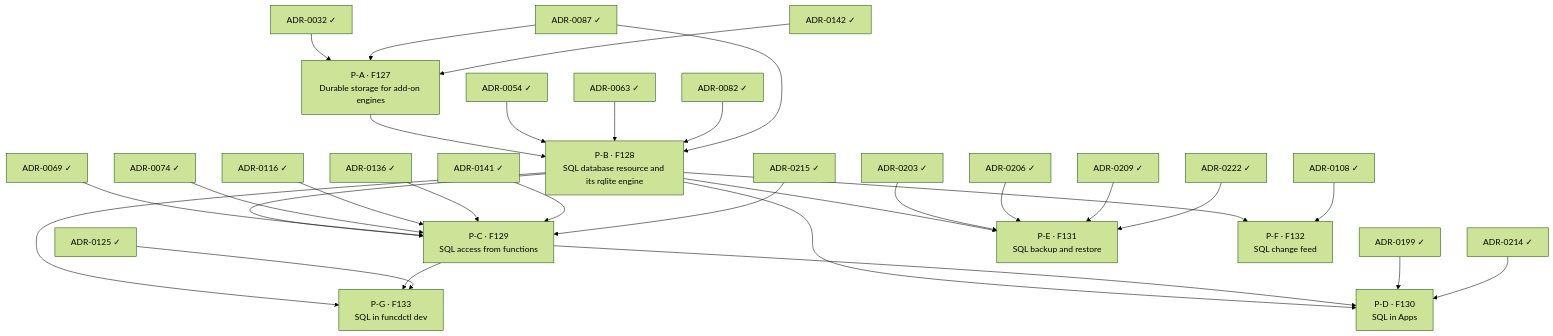
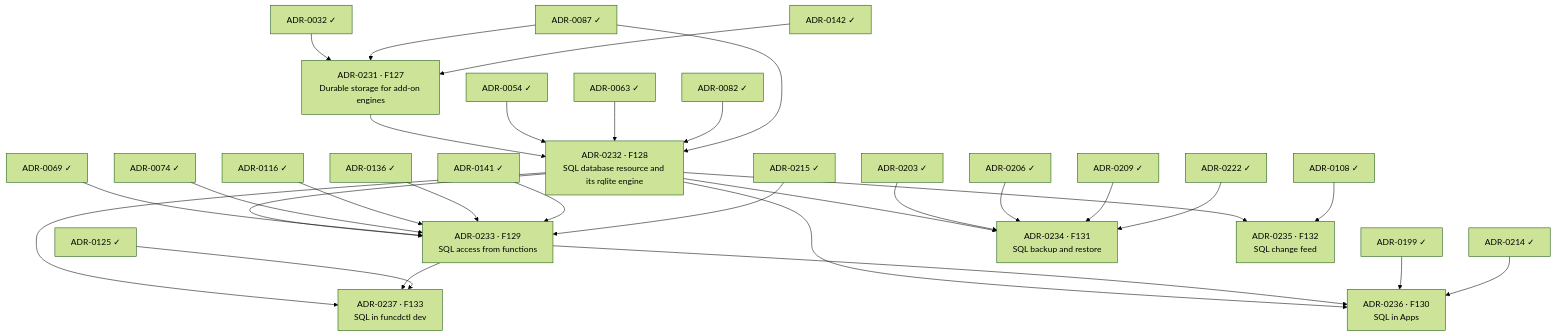
The diagram in docs/roadmap/sql-delivery-plan.md (pyvvo/funcd), drawn with Mermaid (forest theme) before and after one commit. The commit also changed other lines of this file and 12 other files, not shown here.

First line of the commit message:
docs(adr): accept ADR-0231 to ADR-0237, the SQL provider slate (FEAT-0011)

````diff
--- a/docs/roadmap/sql-delivery-plan.md
+++ b/docs/roadmap/sql-delivery-plan.md
@@ -59,60 +59,60 @@
 ```mermaid
 flowchart TB
     ADR_0032["ADR-0032 ✓"]
     ADR_0054["ADR-0054 ✓"]
     ADR_0063["ADR-0063 ✓"]
     ADR_0069["ADR-0069 ✓"]
     ADR_0074["ADR-0074 ✓"]
     ADR_0082["ADR-0082 ✓"]
     ADR_0087["ADR-0087 ✓"]
     ADR_0108["ADR-0108 ✓"]
     ADR_0116["ADR-0116 ✓"]
     ADR_0125["ADR-0125 ✓"]
     ADR_0136["ADR-0136 ✓"]
     ADR_0141["ADR-0141 ✓"]
     ADR_0142["ADR-0142 ✓"]
     ADR_0199["ADR-0199 ✓"]
     ADR_0203["ADR-0203 ✓"]
     ADR_0206["ADR-0206 ✓"]
     ADR_0209["ADR-0209 ✓"]
     ADR_0214["ADR-0214 ✓"]
     ADR_0215["ADR-0215 ✓"]
     ADR_0222["ADR-0222 ✓"]
-    P_A["P-A · F127<br/>Durable storage for add-on engines"]
-    P_B["P-B · F128<br/>SQL database resource and its rqlite engine"]
-    P_C["P-C · F129<br/>SQL access from functions"]
-    P_D["P-D · F130<br/>SQL in Apps"]
-    P_E["P-E · F131<br/>SQL backup and restore"]
-    P_F["P-F · F132<br/>SQL change feed"]
-    P_G["P-G · F133<br/>SQL in funcdctl dev"]
+    ADR_0231["ADR-0231 · F127<br/>Durable storage for add-on engines"]
+    ADR_0232["ADR-0232 · F128<br/>SQL database resource and its rqlite engine"]
+    ADR_0233["ADR-0233 · F129<br/>SQL access from functions"]
+    ADR_0236["ADR-0236 · F130<br/>SQL in Apps"]
+    ADR_0234["ADR-0234 · F131<br/>SQL backup and restore"]
+    ADR_0235["ADR-0235 · F132<br/>SQL change feed"]
+    ADR_0237["ADR-0237 · F133<br/>SQL in funcdctl dev"]
 
-    ADR_0032 --> P_A
-    ADR_0087 --> P_A
-    ADR_0142 --> P_A
-    P_A --> P_B
-    ADR_0054 --> P_B
-    ADR_0063 --> P_B
-    ADR_0082 --> P_B
-    ADR_0087 --> P_B
-    P_B --> P_C
-    ADR_0069 --> P_C
-    ADR_0074 --> P_C
-    ADR_0116 --> P_C
-    ADR_0136 --> P_C
-    ADR_0141 --> P_C
-    ADR_0215 --> P_C
-    P_B --> P_D
-    P_C --> P_D
-    ADR_0199 --> P_D
-    ADR_0214 --> P_D
-    P_B --> P_E
-    ADR_0203 --> P_E
-    ADR_0206 --> P_E
-    ADR_0209 --> P_E
-    ADR_0222 --> P_E
-    P_B --> P_F
-    ADR_0108 --> P_F
-    P_B --> P_G
-    P_C --> P_G
-    ADR_0125 --> P_G
+    ADR_0032 --> ADR_0231
+    ADR_0087 --> ADR_0231
+    ADR_0142 --> ADR_0231
+    ADR_0231 --> ADR_0232
+    ADR_0054 --> ADR_0232
+    ADR_0063 --> ADR_0232
+    ADR_0082 --> ADR_0232
+    ADR_0087 --> ADR_0232
+    ADR_0232 --> ADR_0233
+    ADR_0069 --> ADR_0233
+    ADR_0074 --> ADR_0233
+    ADR_0116 --> ADR_0233
+    ADR_0136 --> ADR_0233
+    ADR_0141 --> ADR_0233
+    ADR_0215 --> ADR_0233
+    ADR_0232 --> ADR_0236
+    ADR_0233 --> ADR_0236
+    ADR_0199 --> ADR_0236
+    ADR_0214 --> ADR_0236
+    ADR_0232 --> ADR_0234
+    ADR_0203 --> ADR_0234
+    ADR_0206 --> ADR_0234
+    ADR_0209 --> ADR_0234
+    ADR_0222 --> ADR_0234
+    ADR_0232 --> ADR_0235
+    ADR_0108 --> ADR_0235
+    ADR_0232 --> ADR_0237
+    ADR_0233 --> ADR_0237
+    ADR_0125 --> ADR_0237
 ```
````
